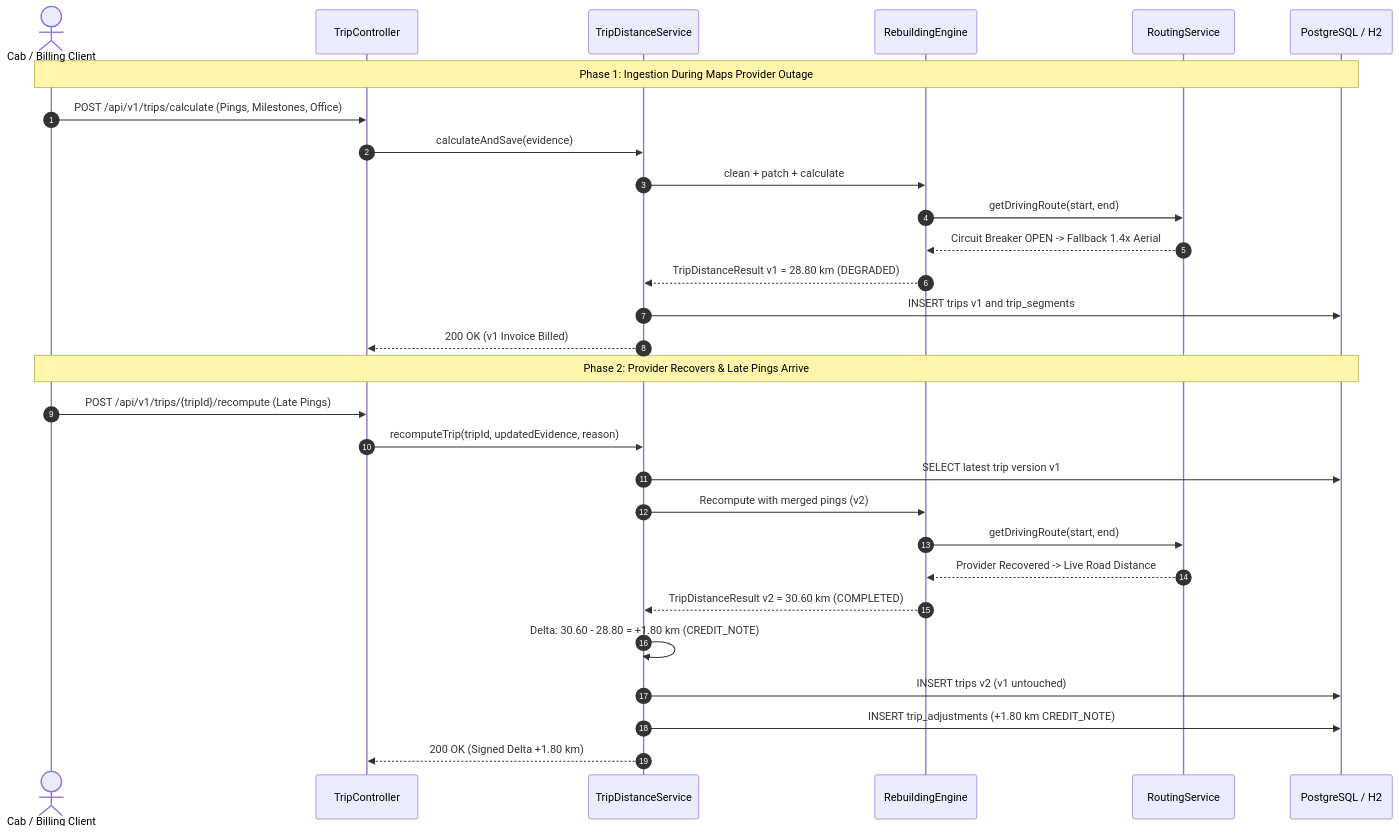
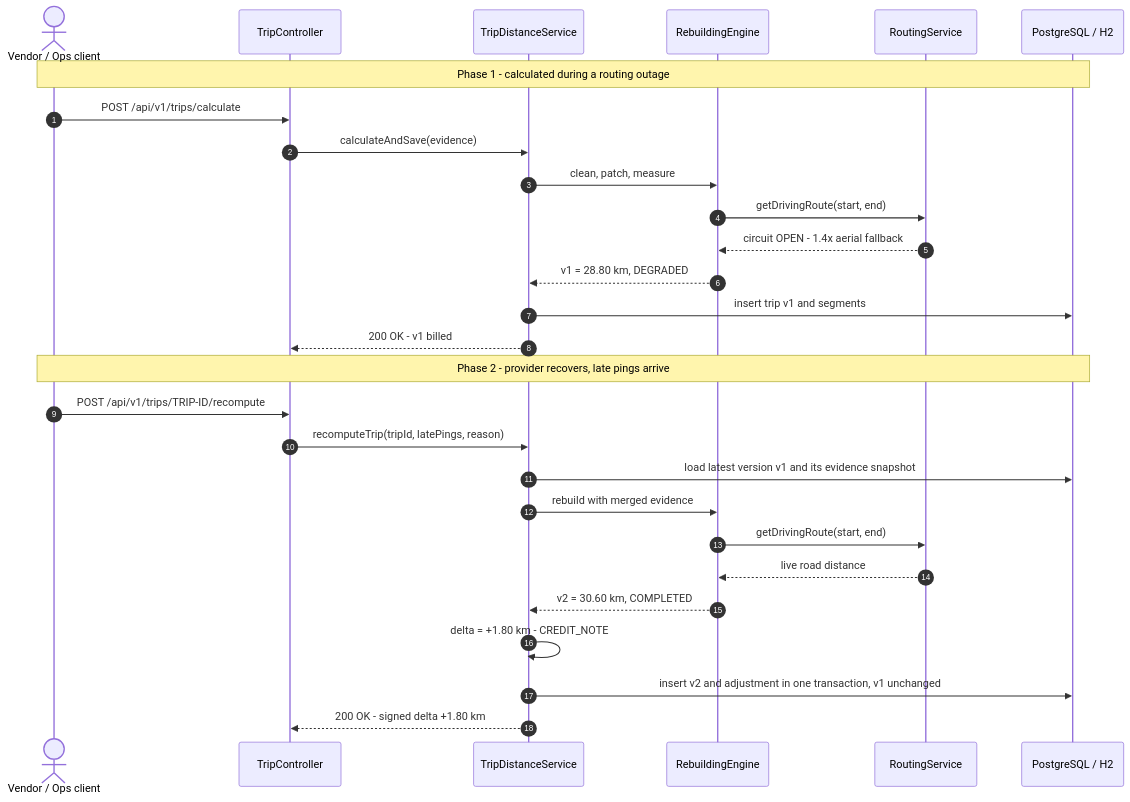
The second of 3 diagrams in DESIGN.md (kamran-asif/GPS-Gap-Backfill-Billable-Distance-Reconstruction), drawn with Mermaid before and after one commit. The commit also changed other lines of this file and 1 other file, not shown here.

Commit message:
docs: align DESIGN.md with code (rule order, schema, idempotency, error codes); document X-Idempotency-Key

````diff
--- a/DESIGN.md
+++ b/DESIGN.md
@@ -77,33 +82,32 @@
 ```mermaid
 sequenceDiagram
     autonumber
-    actor Vendor as Cab / Billing Client
+    actor Client as Vendor / Ops client
     participant API as TripController
     participant Svc as TripDistanceService
-    participant Engine as RebuildingEngine
+    participant Eng as RebuildingEngine
     participant Route as RoutingService
     participant DB as PostgreSQL / H2
 
-    Note over Vendor,DB: Phase 1: Ingestion During Maps Provider Outage
-    Vendor->>API: POST /api/v1/trips/calculate (Pings, Milestones, Office)
+    Note over Client,DB: Phase 1 - calculated during a routing outage
+    Client->>API: POST /api/v1/trips/calculate
     API->>Svc: calculateAndSave(evidence)
-    Svc->>Engine: clean + patch + calculate
-    Engine->>Route: getDrivingRoute(start, end)
-    Route-->>Engine: Circuit Breaker OPEN -> Fallback 1.4x Aerial
-    Engine-->>Svc: TripDistanceResult v1 = 28.80 km (DEGRADED)
-    Svc->>DB: INSERT trips v1 and trip_segments
-    Svc-->>API: 200 OK (v1 Invoice Billed)
+    Svc->>Eng: clean, patch, measure
+    Eng->>Route: getDrivingRoute(start, end)
+    Route-->>Eng: circuit OPEN - 1.4x aerial fallback
+    Eng-->>Svc: v1 = 28.80 km, DEGRADED
+    Svc->>DB: insert trip v1 and segments
+    Svc-->>API: 200 OK - v1 billed
 
-    Note over Vendor,DB: Phase 2: Provider Recovers & Late Pings Arrive
-    Vendor->>API: POST /api/v1/trips/{tripId}/recompute (Late Pings)
-    API->>Svc: recomputeTrip(tripId, updatedEvidence, reason)
-    Svc->>DB: SELECT latest trip version v1
-    Svc->>Engine: Recompute with merged pings (v2)
-    Engine->>Route: getDrivingRoute(start, end)
-    Route-->>Engine: Provider Recovered -> Live Road Distance
-    Engine-->>Svc: TripDistanceResult v2 = 30.60 km (COMPLETED)
-    Svc->>Svc: Delta: 30.60 - 28.80 = +1.80 km (CREDIT_NOTE)
-    Svc->>DB: INSERT trips v2 (v1 untouched)
-    Svc->>DB: INSERT trip_adjustments (+1.80 km CREDIT_NOTE)
-    Svc-->>API: 200 OK (Signed Delta +1.80 km)
+    Note over Client,DB: Phase 2 - provider recovers, late pings arrive
+    Client->>API: POST /api/v1/trips/TRIP-ID/recompute
+    API->>Svc: recomputeTrip(tripId, latePings, reason)
+    Svc->>DB: load latest version v1 and its evidence snapshot
+    Svc->>Eng: rebuild with merged evidence
+    Eng->>Route: getDrivingRoute(start, end)
+    Route-->>Eng: live road distance
+    Eng-->>Svc: v2 = 30.60 km, COMPLETED
+    Svc->>Svc: delta = +1.80 km - CREDIT_NOTE
+    Svc->>DB: insert v2 and adjustment in one transaction, v1 unchanged
+    Svc-->>API: 200 OK - signed delta +1.80 km
 ```
````
